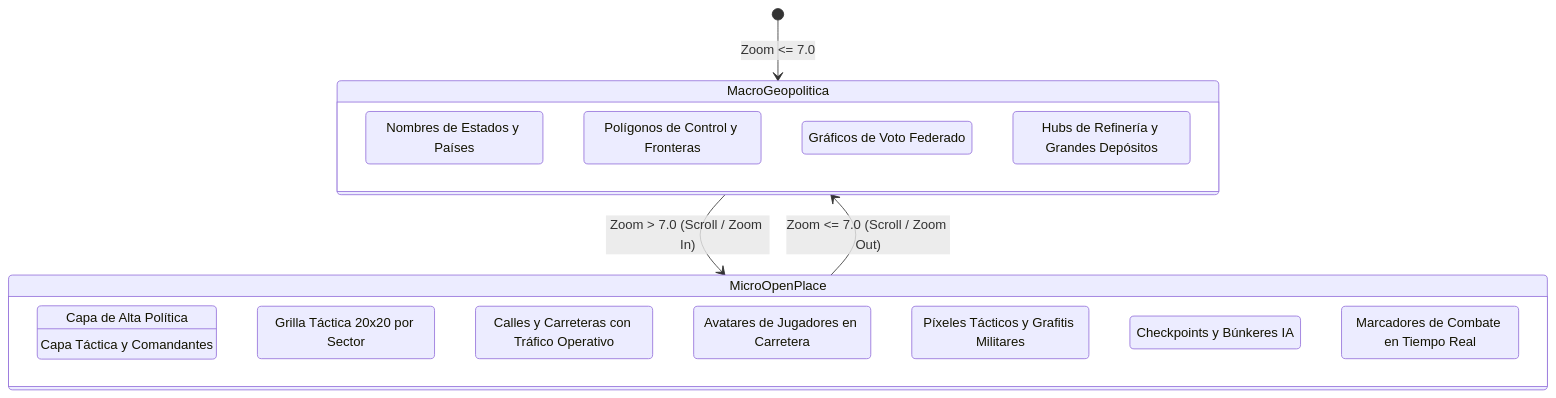
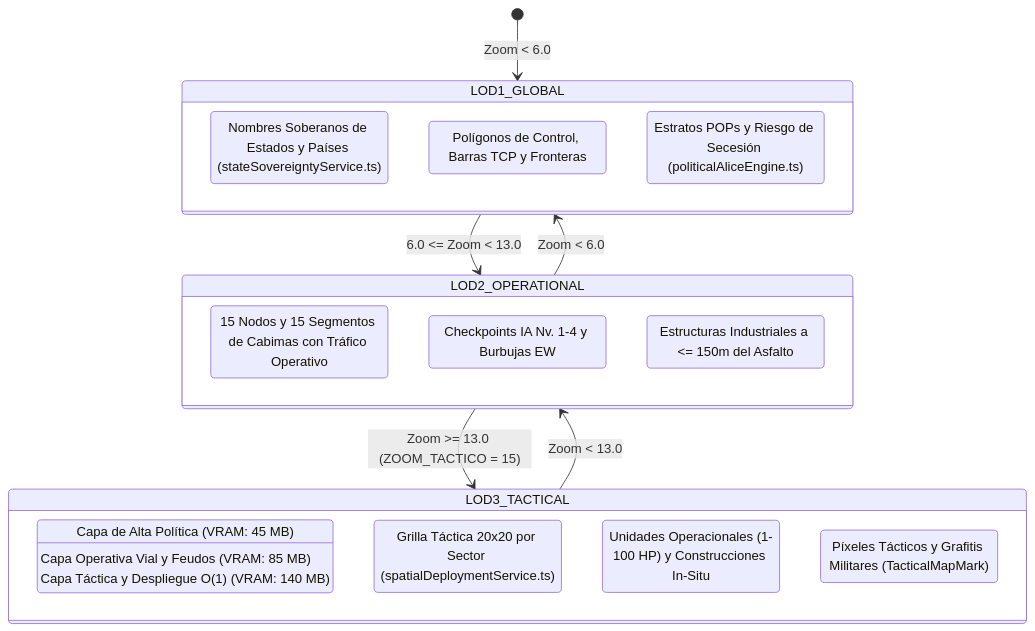
The fourth of 8 diagrams in docs/PROPUESTA_INGENIERIA_MAPA_METAPOLITICA_ALICE_CABIMAS.md (davikisea/GEOTACTICS-ONLINE), drawn with Mermaid before and after one commit. The commit also changed other lines of this file and 352 other files, not shown here.

Commit message:
feat(architecture): migración modular a 4 dominios (@domains/*), consolidación de base de datos y sincronización de suites deterministas

````diff
--- a/docs/PROPUESTA_INGENIERIA_MAPA_METAPOLITICA_ALICE_CABIMAS.md
+++ b/docs/PROPUESTA_INGENIERIA_MAPA_METAPOLITICA_ALICE_CABIMAS.md
@@ -186,24 +204,29 @@
 ```mermaid
 stateDiagram-v2
-    [*] --> MacroGeopolitica: Zoom <= 7.0
-    MacroGeopolitica --> MicroOpenPlace: Zoom > 7.0 (Scroll / Zoom In)
-    MicroOpenPlace --> MacroGeopolitica: Zoom <= 7.0 (Scroll / Zoom Out)
+    [*] --> LOD1_GLOBAL: Zoom < 6.0
+    LOD1_GLOBAL --> LOD2_OPERATIONAL: 6.0 <= Zoom < 13.0
+    LOD2_OPERATIONAL --> LOD1_GLOBAL: Zoom < 6.0
+    LOD2_OPERATIONAL --> LOD3_TACTICAL: Zoom >= 13.0 (ZOOM_TACTICO = 15)
+    LOD3_TACTICAL --> LOD2_OPERATIONAL: Zoom < 13.0
 
-    state MacroGeopolitica {
-        description: Capa de Alta Política
-        Estados: Nombres de Estados y Países
-        Soberania: Polígonos de Control y Fronteras
-        BalanceParlamento: Gráficos de Voto Federado
-        RecursosEstrategicos: Hubs de Refinería y Grandes Depósitos
+    state LOD1_GLOBAL {
+        description: Capa de Alta Política (VRAM: 45 MB)
+        Estados: Nombres Soberanos de Estados y Países (stateSovereigntyService.ts)
+        Soberania: Polígonos de Control, Barras TCP y Fronteras
+        BalanceParlamento: Estratos POPs y Riesgo de Secesión (politicalAliceEngine.ts)
     }
 
-    state MicroOpenPlace {
-        description: Capa Táctica y Comandantes
-        Cuadricula: Grilla Táctica 20x20 por Sector
-        Vias: Calles y Carreteras con Tráfico Operativo
-        Comandantes: Avatares de Jugadores en Carretera
-        MarcasClan: Píxeles Tácticos y Grafitis Militares
-        Guarniciones: Checkpoints y Búnkeres IA
-        Refriegas: Marcadores de Combate en Tiempo Real
+    state LOD2_OPERATIONAL {
+        description: Capa Operativa Vial y Feudos (VRAM: 85 MB)
+        Vias: 15 Nodos y 15 Segmentos de Cabimas con Tráfico Operativo
+        Guarniciones: Checkpoints IA Nv. 1-4 y Burbujas EW
+        EdificiosFeudo: Estructuras Industriales a <= 150m del Asfalto
+    }
+
+    state LOD3_TACTICAL {
+        description: Capa Táctica y Despliegue O(1) (VRAM: 140 MB)
+        Cuadricula: Grilla Táctica 20x20 por Sector (spatialDeploymentService.ts)
+        Comandantes: Unidades Operacionales (1-100 HP) y Construcciones In-Situ
+        MarcasClan: Píxeles Tácticos y Grafitis Militares (TacticalMapMark)
     }
 ```
````
